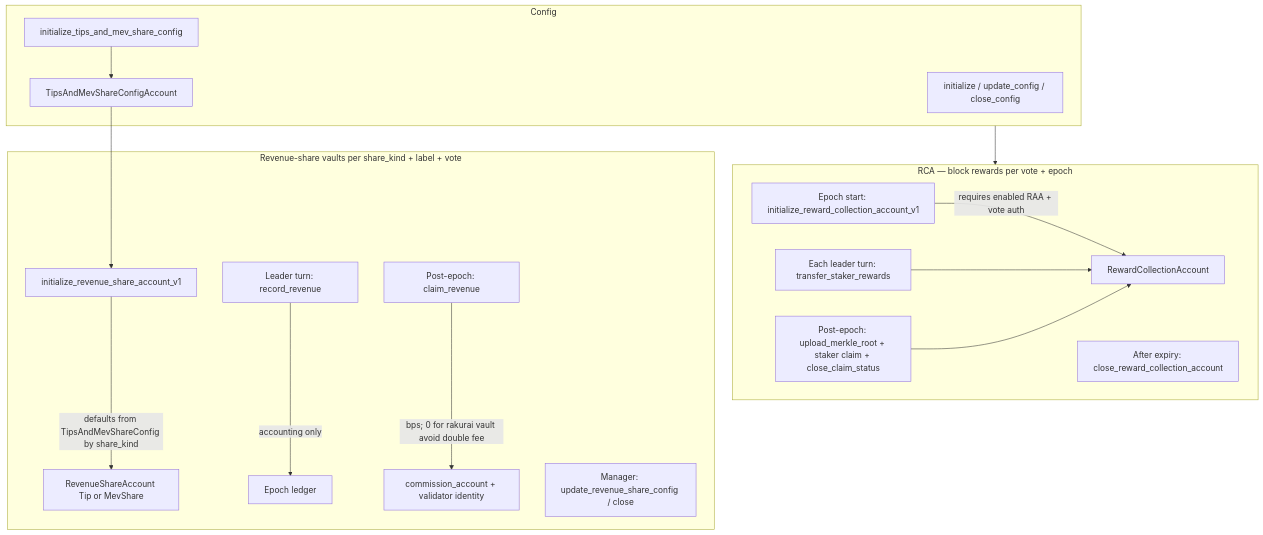
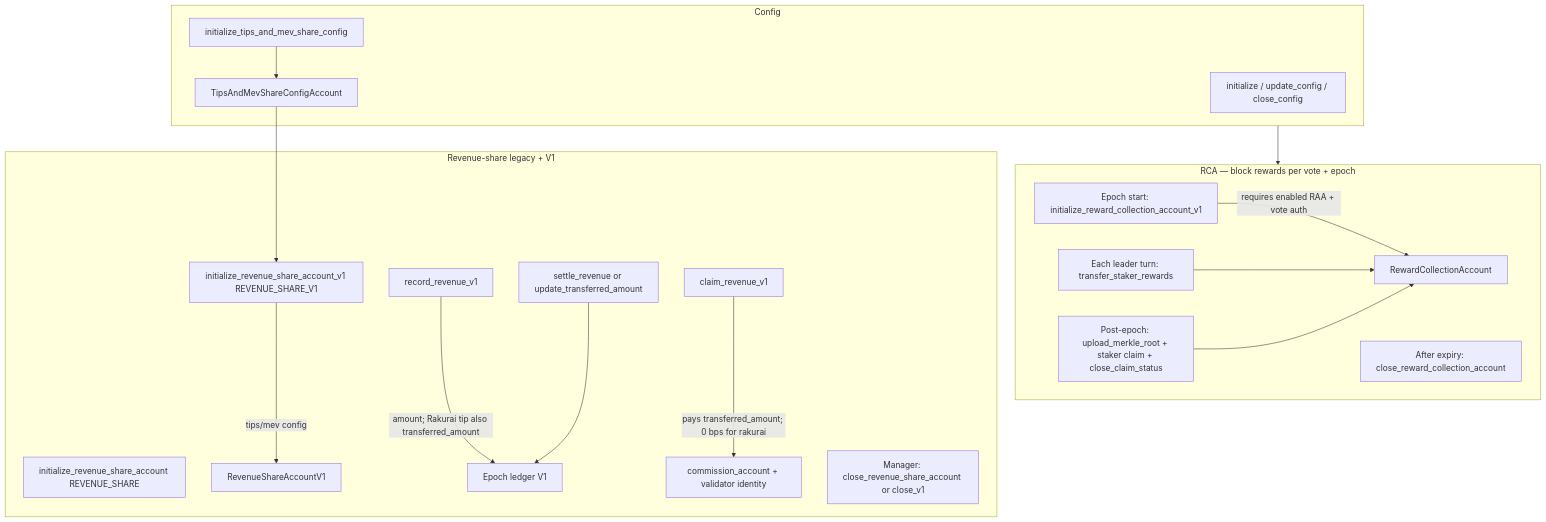
Before and after one commit to rakurai-io/rakurai_programs: the second of 4 diagrams in diagram/program-flow-diagrams.md, drawn with Mermaid. The commit also changed other lines of this file and 14 other files, not shown here.

````diff
--- a/diagram/program-flow-diagrams.md
+++ b/diagram/program-flow-diagrams.md
@@ -60,31 +60,34 @@
 ```mermaid
 flowchart TD
     subgraph config [Config]
         RD0[initialize / update_config / close_config]
         TM0[initialize_tips_and_mev_share_config]
         TM0 --> TMC[TipsAndMevShareConfigAccount]
     end
 
     subgraph rca [RCA — block rewards per vote + epoch]
         R1[Epoch start: initialize_reward_collection_account_v1]
         R1 -->|requires enabled RAA + vote auth| RCA[RewardCollectionAccount]
         R2[Each leader turn: transfer_staker_rewards]
         R2 --> RCA
         R3[Post-epoch: upload_merkle_root + staker claim + close_claim_status]
         R3 --> RCA
         R4[After expiry: close_reward_collection_account]
     end
 
-    subgraph revenue [Revenue-share vaults per share_kind + label + vote]
-        P0[initialize_revenue_share_account_v1]
-        P0 -->|defaults from TipsAndMevShareConfig by share_kind| PTS[RevenueShareAccount Tip or MevShare]
-        P1[Leader turn: record_revenue]
-        P1 -->|accounting only| LEDGER[Epoch ledger]
-        P2[Post-epoch: claim_revenue]
-        P2 -->|bps; 0 for rakurai vault avoid double fee| PAY[commission_account + validator identity]
-        P3[Manager: update_revenue_share_config / close]
+    subgraph revenue [Revenue-share legacy + V1]
+        P0L[initialize_revenue_share_account REVENUE_SHARE]
+        P0[initialize_revenue_share_account_v1 REVENUE_SHARE_V1]
+        P0 -->|tips/mev config| PTS[RevenueShareAccountV1]
+        P1[record_revenue_v1]
+        P1 -->|amount; Rakurai tip also transferred_amount| LEDGER[Epoch ledger V1]
+        P1b[settle_revenue or update_transferred_amount]
+        P1b --> LEDGER
+        P2[claim_revenue_v1]
+        P2 -->|pays transferred_amount; 0 bps for rakurai| PAY[commission_account + validator identity]
+        P3[Manager: close_revenue_share_account or close_v1]
     end
 
     config --> rca
     TMC --> P0
 ```
````
